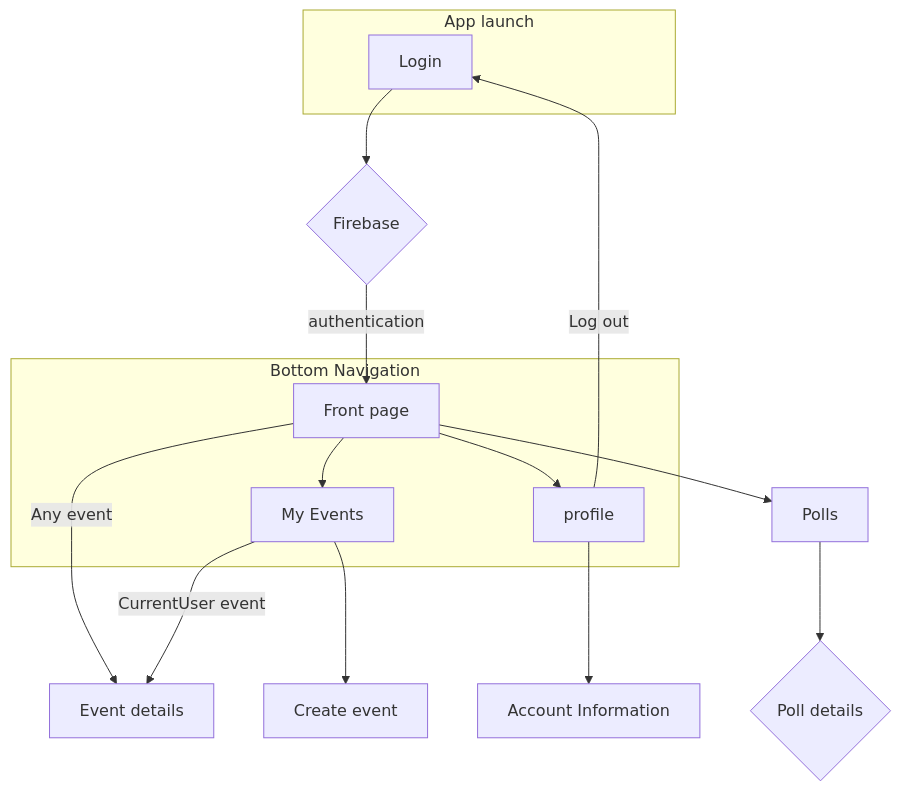
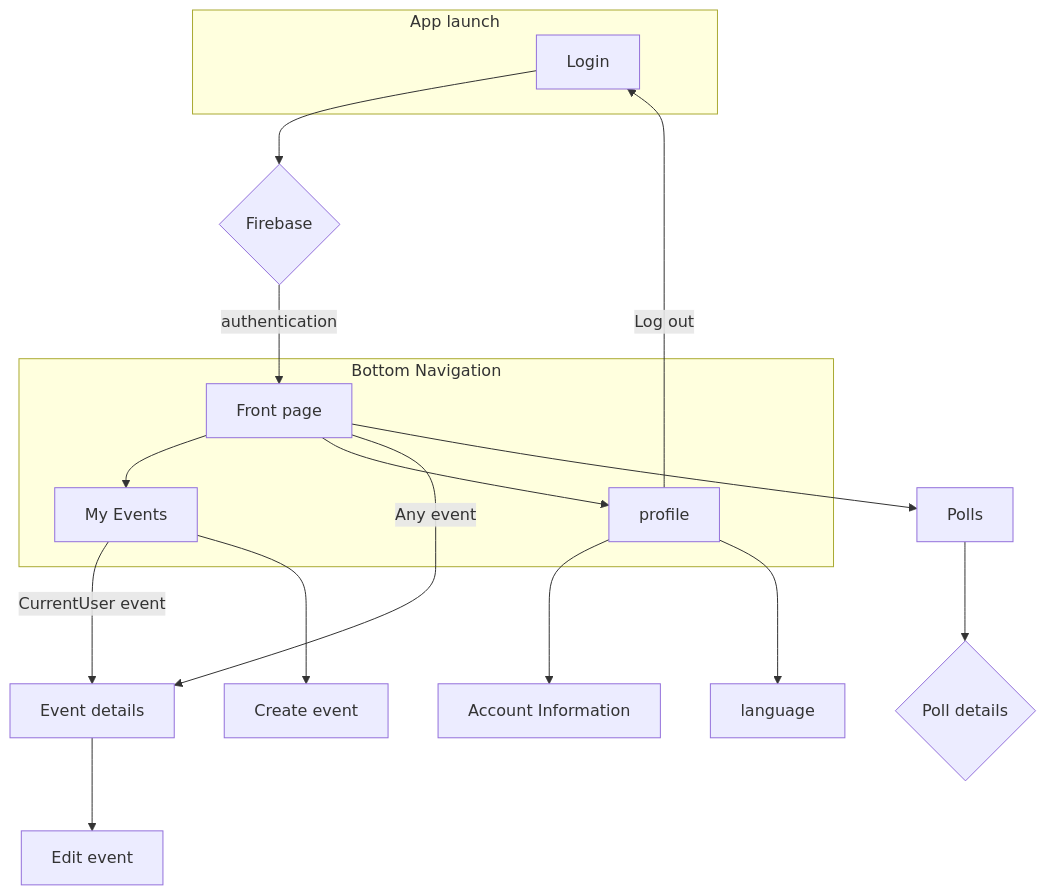
The diagram in README.md (Zlatans3/FlotMand), drawn with Mermaid before and after one commit.

Commit message:
Add language option and edit event link in README

`````diff
--- a/README.md
+++ b/README.md
@@ -103,22 +103,24 @@
 ```mermaid
 graph TD;
   Login[Login] --> B{Firebase};
   B --> |authentication| C[Front page];
   C --> D[My Events]
   C --> E[profile]
   C --> |Any event| G[Event details]
   D --> |CurrentUser event| G
   E --> |Log out| Login
   E --> j[Account Information]
+  E --> K[language]
   C --> H[Polls]
   H --> i{Poll details}
   D --> F[Create event]
+  G --> EDIT[Edit event]
 subgraph Bottom Navigation
             C
             D
             E
 end
 subgraph App launch
             Login
 end
 ````
`````
